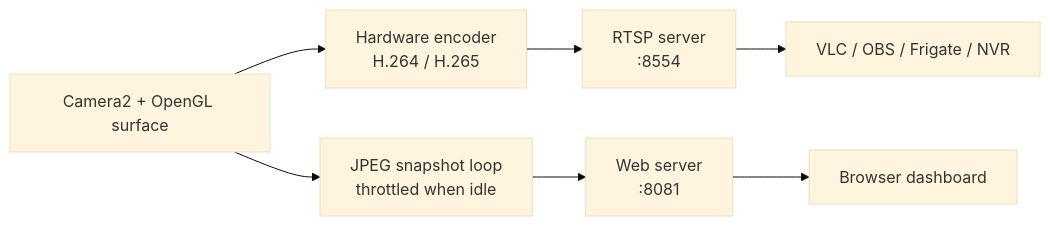
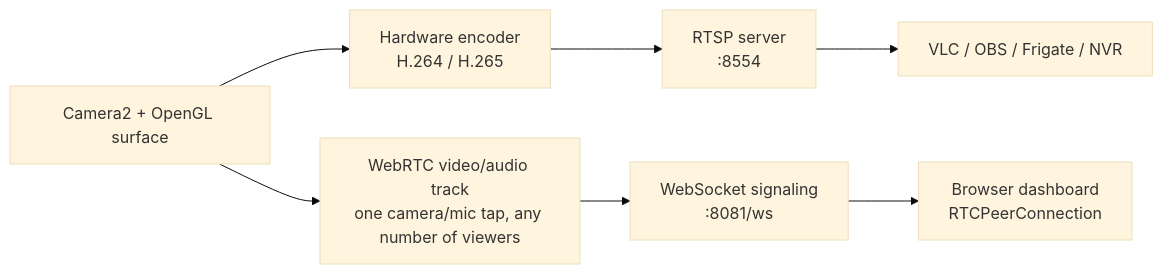
One commit to fecloud/RTSP-CCTV-App changed the diagram in README.md. Above: the diagram before and after it, drawn with Mermaid (base theme). The commit also changed other lines of this file and 13 other files, not shown here.

````diff
--- a/README.md
+++ b/README.md
@@ -78,11 +78,11 @@
 ```mermaid
 flowchart LR
     CAM[Camera2 + OpenGL surface] --> ENC[Hardware encoder<br/>H.264 / H.265]
-    CAM --> SNAP[JPEG snapshot loop<br/>throttled when idle]
+    CAM --> WEBRTC[WebRTC video/audio track<br/>one camera/mic tap, any number of viewers]
 
     ENC --> RTSP[RTSP server<br/>:8554]
-    SNAP --> WEB[Web server<br/>:8081]
+    WEBRTC --> WS[WebSocket signaling<br/>:8081/ws]
 
     RTSP --> NVR[VLC / OBS / Frigate / NVR]
-    WEB --> BROWSER[Browser dashboard]
+    WS --> BROWSER[Browser dashboard<br/>RTCPeerConnection]
 ```
````
